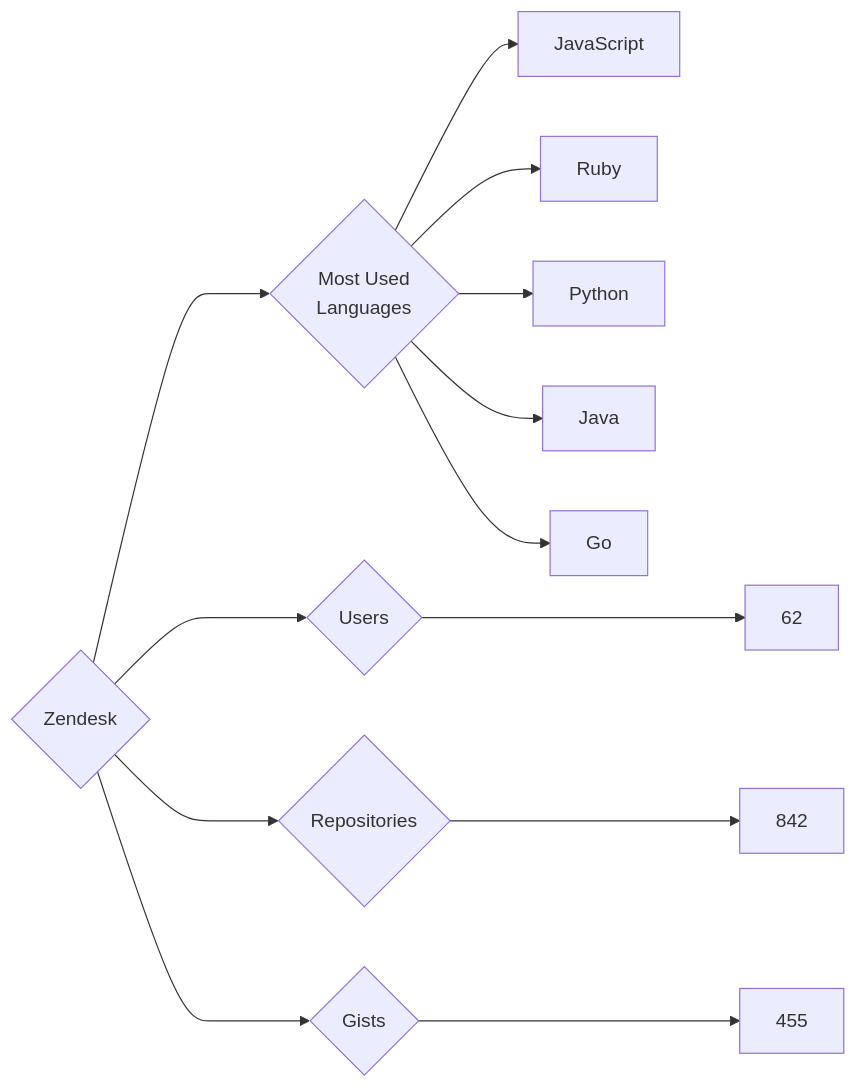
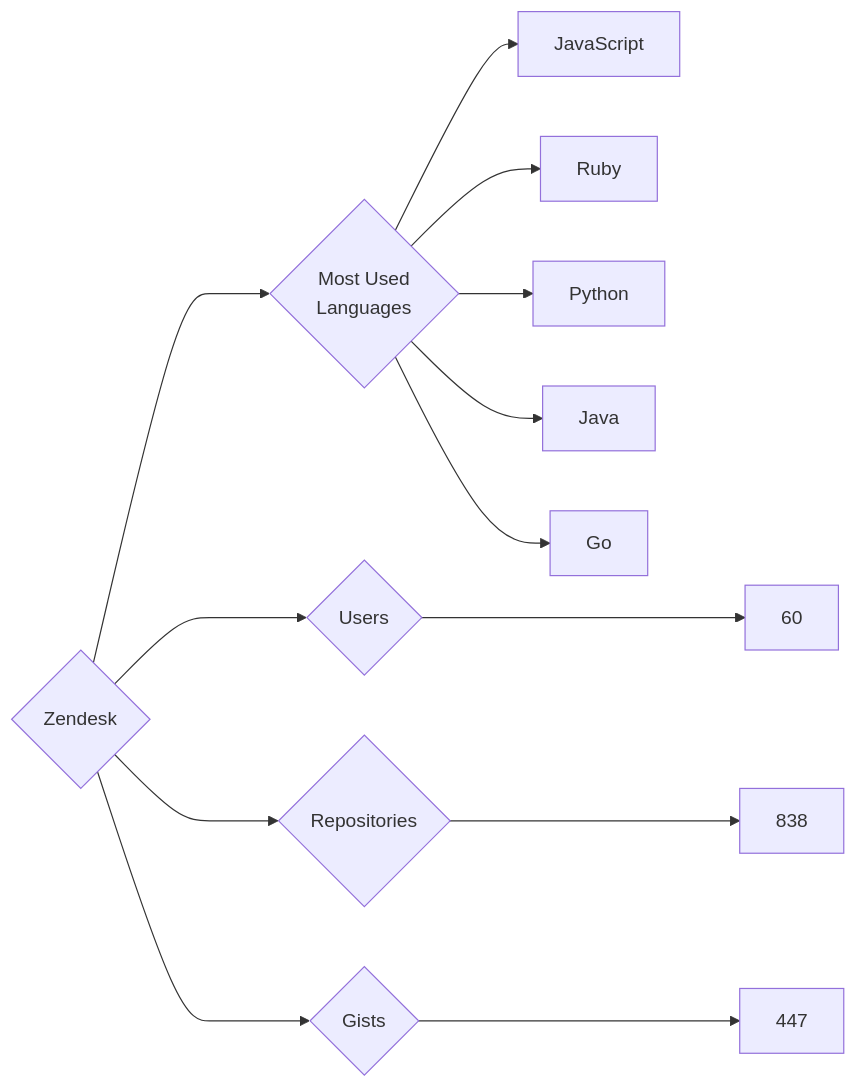
The diagram in targets/Zendesk/README.md (trickest/insiders), drawn with Mermaid before and after one commit. The commit also changed 912 other files, not shown here.

````diff
--- a/targets/Zendesk/README.md
+++ b/targets/Zendesk/README.md
@@ -3,13 +3,13 @@
 ```mermaid
 graph LR
 COMPANY_NAME{Zendesk}
-COMPANY_NAME ---> U{Users} ---> UN[62]
-COMPANY_NAME ---> R{Repositories} ---> RN[842]
-COMPANY_NAME ---> G{Gists} ---> GN[455]
+COMPANY_NAME ---> U{Users} ---> UN[60]
+COMPANY_NAME ---> R{Repositories} ---> RN[838]
+COMPANY_NAME ---> G{Gists} ---> GN[447]
 COMPANY_NAME ---> ML{Most Used<br>Languages}
 ML --> JavaScript[JavaScript]
 ML --> Ruby[Ruby]
 ML --> Python[Python]
 ML --> Java[Java]
 ML --> Go[Go]
 ```
````
